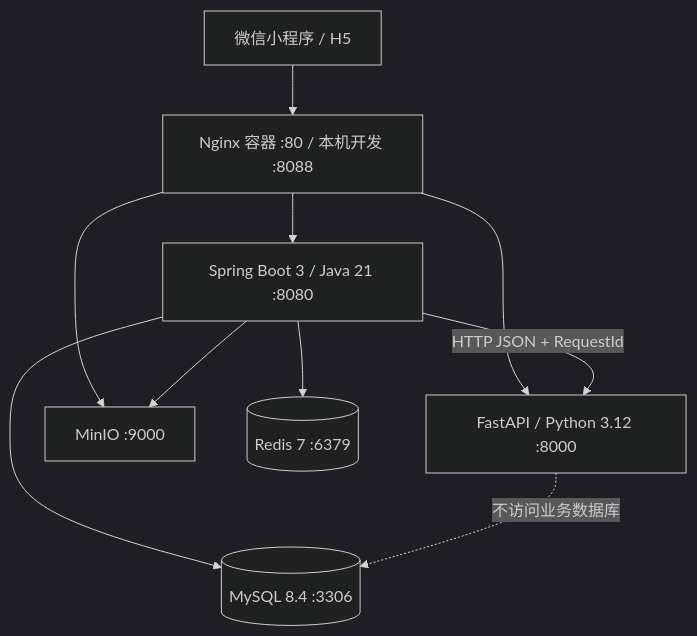
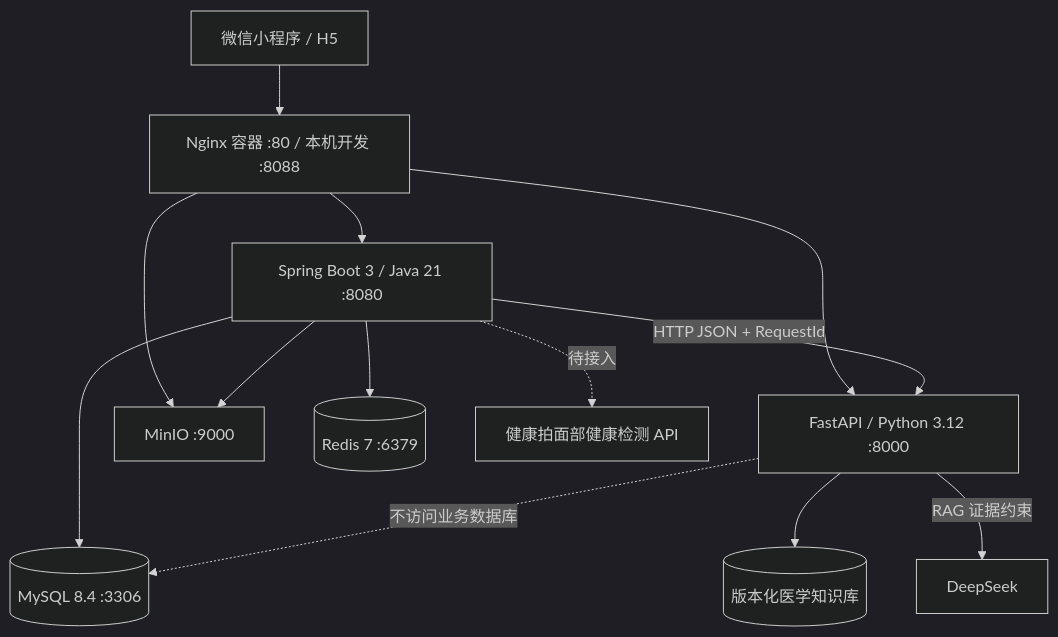
Before and after one commit to Anan-yu/Health: the diagram in README.md, drawn with Mermaid (dark theme). The commit also changed other lines of this file and 5 other files, not shown here.

````diff
--- a/README.md
+++ b/README.md
@@ -31,12 +48,15 @@
 ```mermaid
 flowchart TB
   USER[微信小程序 / H5] --> NGINX[Nginx 容器 :80 / 本机开发 :8088]
   NGINX --> JAVA[Spring Boot 3 / Java 21 :8080]
   NGINX --> PY[FastAPI / Python 3.12 :8000]
   NGINX --> MINIO[MinIO :9000]
   JAVA --> MYSQL[(MySQL 8.4 :3306)]
   JAVA --> REDIS[(Redis 7 :6379)]
   JAVA --> MINIO
   JAVA -->|HTTP JSON + RequestId| PY
+  PY --> KB[(版本化医学知识库)]
+  PY -->|RAG 证据约束| LLM[DeepSeek]
+  JAVA -.待接入.-> SCAN[健康拍面部健康检测 API]
   PY -.不访问业务数据库.-> MYSQL
 ```
````
